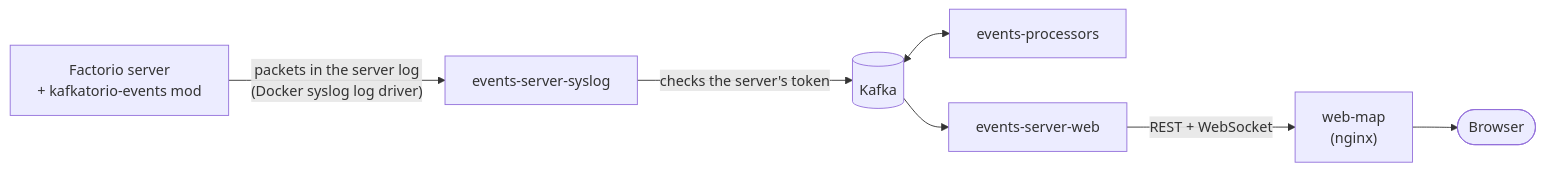
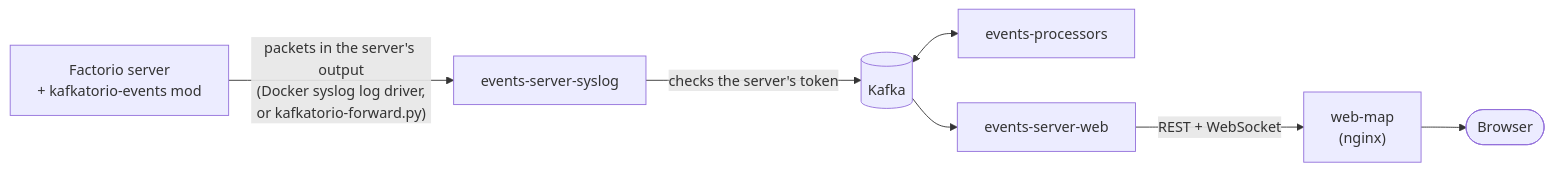
Before and after one commit to ScuffedLazzexus/kafkatorio: the diagram in README.md, drawn with Mermaid. The commit also changed other lines of this file and 2 other files, not shown here.

````diff
--- a/README.md
+++ b/README.md
@@ -28,17 +29,17 @@
 ```mermaid
 flowchart LR
   factorio["Factorio server<br/>+ kafkatorio-events mod"]
   syslog[events-server-syslog]
   kafka[(Kafka)]
   processors[events-processors]
   web[events-server-web]
   map["web-map<br/>(nginx)"]
   browser([Browser])
 
-  factorio -- "packets in the server log<br/>(Docker syslog log driver)" --> syslog
+  factorio -- "packets in the server's output<br/>(Docker syslog log driver,<br/>or kafkatorio-forward.py)" --> syslog
   syslog -- "checks the server's token" --> kafka
   kafka <--> processors
   kafka --> web
   web -- "REST + WebSocket" --> map
   map --> browser
 ```
````
